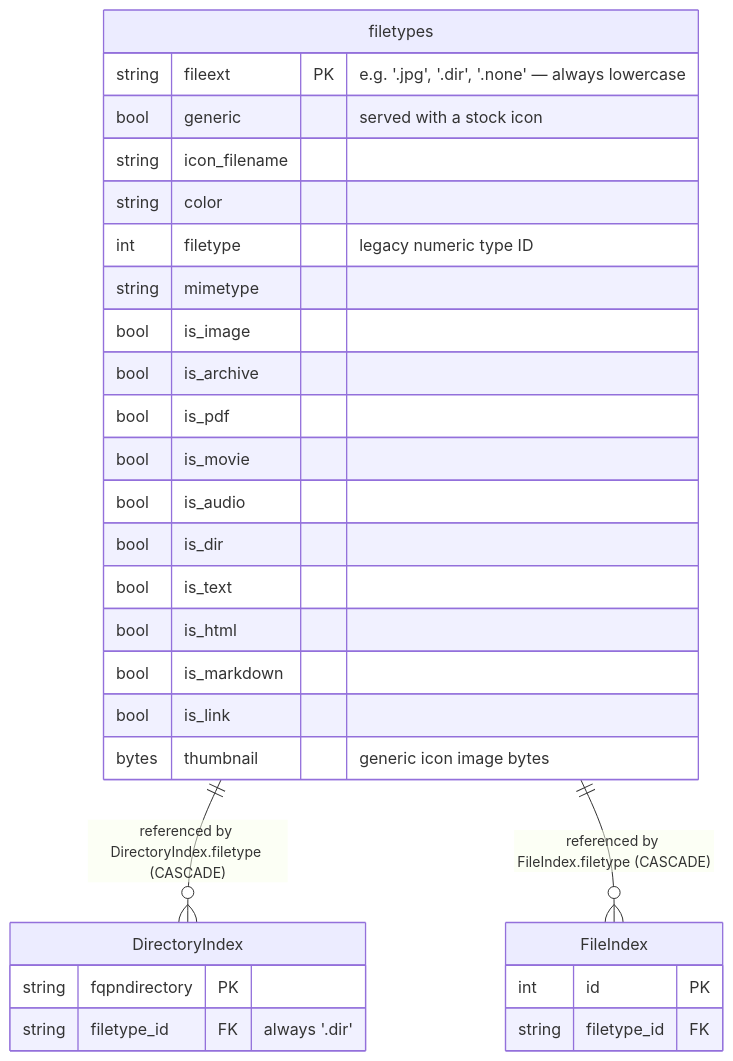
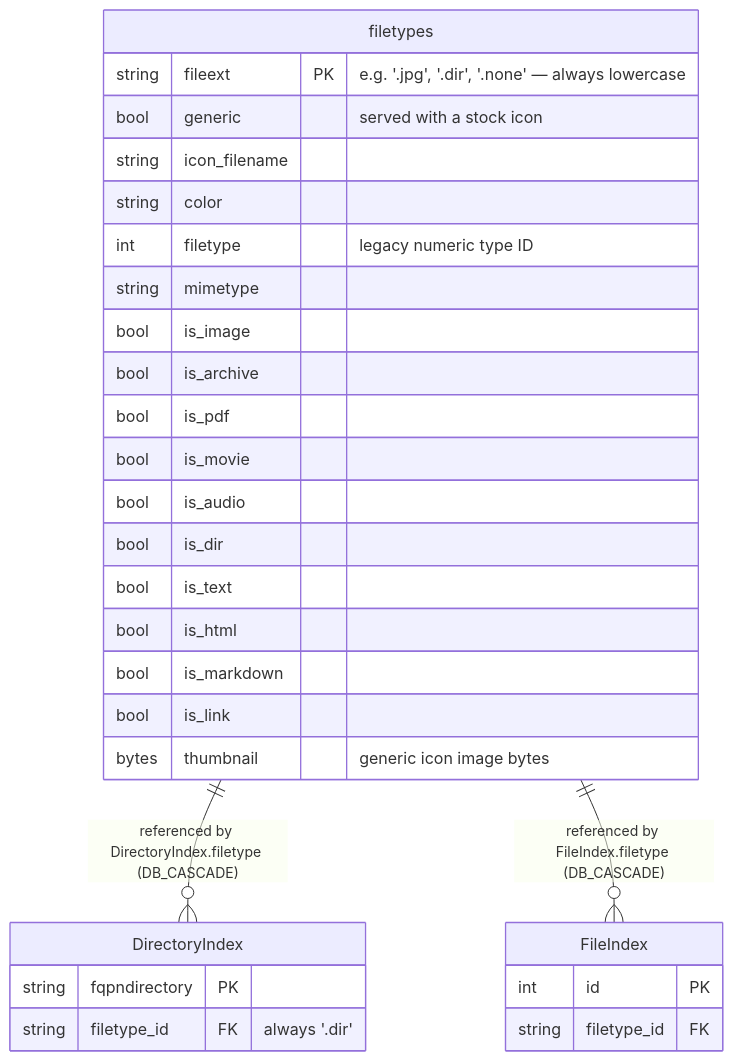
Before and after one commit to bschollnick/QuickBBS: the diagram in docs/design documents/filetypes_erd.md, drawn with Mermaid. The commit also changed other lines of this file and 99 other files, not shown here.

````diff
--- a/docs/design documents/filetypes_erd.md
+++ b/docs/design documents/filetypes_erd.md
@@ -20,35 +23,35 @@
 ```mermaid
 erDiagram
-    filetypes ||--o{ DirectoryIndex : "referenced by DirectoryIndex.filetype (CASCADE)"
-    filetypes ||--o{ FileIndex : "referenced by FileIndex.filetype (CASCADE)"
+    filetypes ||--o{ DirectoryIndex : "referenced by DirectoryIndex.filetype (DB_CASCADE)"
+    filetypes ||--o{ FileIndex : "referenced by FileIndex.filetype (DB_CASCADE)"
 
     filetypes {
         string fileext PK "e.g. '.jpg', '.dir', '.none' — always lowercase"
         bool generic "served with a stock icon"
         string icon_filename
         string color
         int filetype "legacy numeric type ID"
         string mimetype
         bool is_image
         bool is_archive
         bool is_pdf
         bool is_movie
         bool is_audio
         bool is_dir
         bool is_text
         bool is_html
         bool is_markdown
         bool is_link
         bytes thumbnail "generic icon image bytes"
     }
 
     DirectoryIndex {
         string fqpndirectory PK
         string filetype_id FK "always '.dir'"
     }
 
     FileIndex {
         int id PK
         string filetype_id FK
     }
 ```
````
